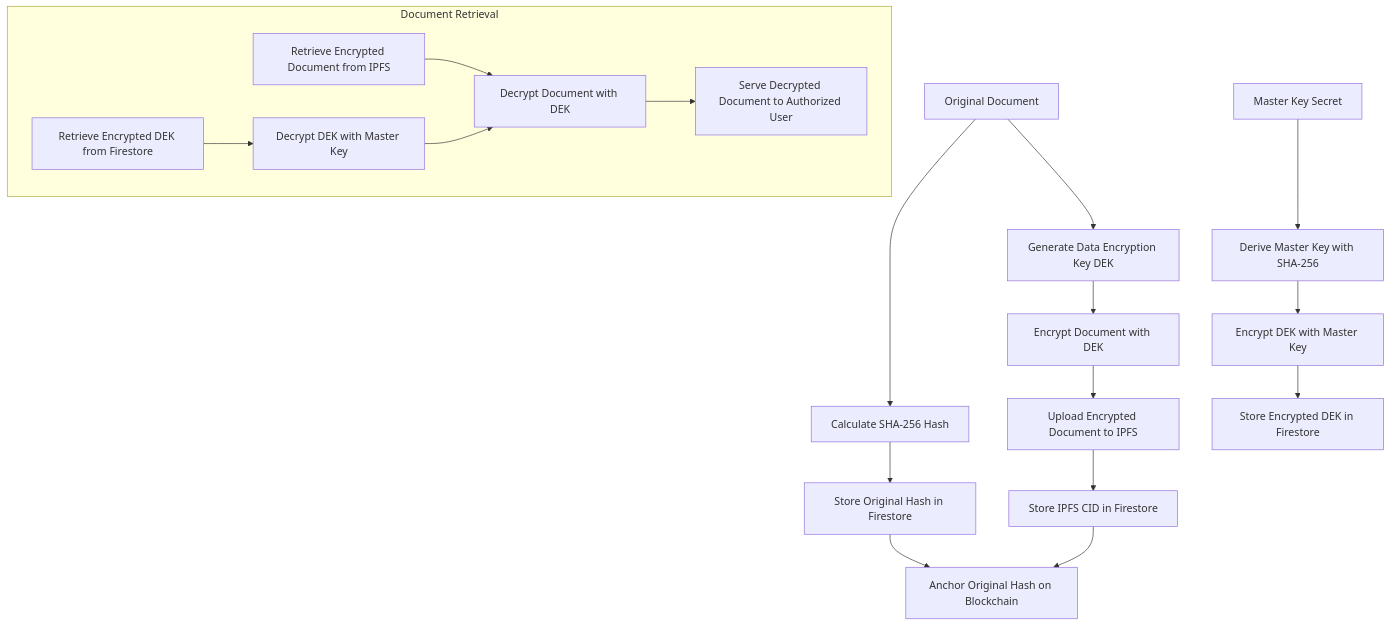
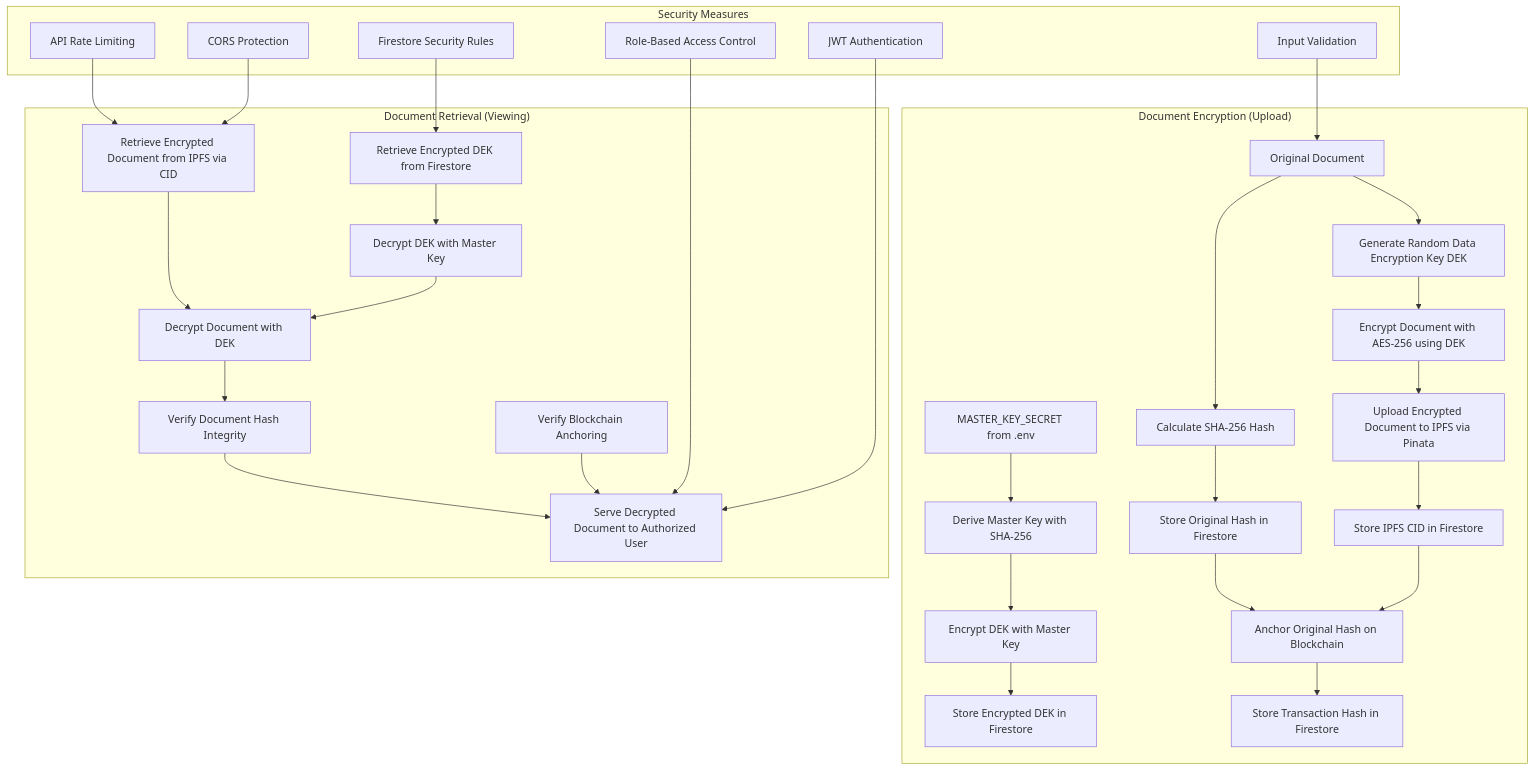
The diagram in docs/diagrams/encryption-flow.md (TheDonCipher/authentico-bolt), drawn with Mermaid before and after one commit. The commit also changed 255 other files, not shown here.

````diff
--- a/docs/diagrams/encryption-flow.md
+++ b/docs/diagrams/encryption-flow.md
@@ -1,27 +1,50 @@
 ```mermaid
 graph TD
-    A[Original Document] --> B[Calculate SHA-256 Hash]
-    A --> C[Generate Data Encryption Key DEK]
-    C --> D[Encrypt Document with DEK]
-    E[Master Key Secret] --> F[Derive Master Key with SHA-256]
-    F --> G[Encrypt DEK with Master Key]
-    D --> H[Upload Encrypted Document to IPFS]
-    G --> I[Store Encrypted DEK in Firestore]
-    B --> J[Store Original Hash in Firestore]
-    H --> K[Store IPFS CID in Firestore]
-    J --> L[Anchor Original Hash on Blockchain]
-    K --> L
-    
-    subgraph "Document Retrieval"
-        M[Retrieve Encrypted Document from IPFS]
-        N[Retrieve Encrypted DEK from Firestore]
-        O[Decrypt DEK with Master Key]
-        P[Decrypt Document with DEK]
-        Q[Serve Decrypted Document to Authorized User]
-        
-        M --> P
-        N --> O
+    subgraph "Document Encryption (Upload)"
+        A[Original Document] --> B[Calculate SHA-256 Hash]
+        A --> C[Generate Random Data Encryption Key DEK]
+        C --> D[Encrypt Document with AES-256 using DEK]
+        E[MASTER_KEY_SECRET from .env] --> F[Derive Master Key with SHA-256]
+        F --> G[Encrypt DEK with Master Key]
+        D --> H[Upload Encrypted Document to IPFS via Pinata]
+        G --> I[Store Encrypted DEK in Firestore]
+        B --> J[Store Original Hash in Firestore]
+        H --> K[Store IPFS CID in Firestore]
+        J --> L[Anchor Original Hash on Blockchain]
+        K --> L
+        L --> M[Store Transaction Hash in Firestore]
+    end
+
+    subgraph "Document Retrieval (Viewing)"
+        N[Retrieve Encrypted Document from IPFS via CID]
+        O[Retrieve Encrypted DEK from Firestore]
+        P[Decrypt DEK with Master Key]
+        Q[Decrypt Document with DEK]
+        R[Serve Decrypted Document to Authorized User]
+        S[Verify Document Hash Integrity]
+        T[Verify Blockchain Anchoring]
+
+        N --> Q
         O --> P
         P --> Q
+        Q --> S
+        S --> R
+        T --> R
+    end
+
+    subgraph "Security Measures"
+        U[Role-Based Access Control]
+        V[JWT Authentication]
+        W[Firestore Security Rules]
+        X[API Rate Limiting]
+        Y[Input Validation]
+        Z[CORS Protection]
+
+        U --> R
+        V --> R
+        W --> O
+        X --> N
+        Y --> A
+        Z --> N
     end
 ```
````
